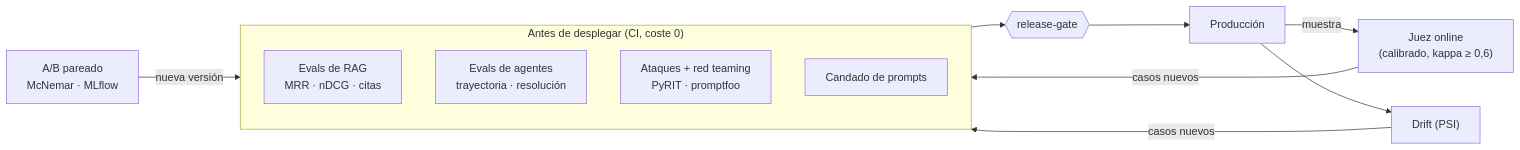
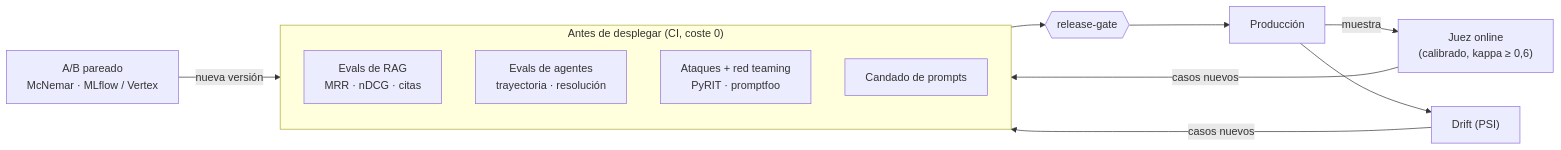
One commit to SergioVelmay/GenAI_PoCs changed diagram 11 of 13 in docs/arquitectura.md. Above: the diagram before and after it, drawn with Mermaid. The commit also changed other lines of this file and 7 other files, not shown here.

````diff
--- a/docs/arquitectura.md
+++ b/docs/arquitectura.md
@@ -285,15 +296,15 @@
 ```mermaid
 flowchart LR
   subgraph PRE["Antes de desplegar (CI, coste 0)"]
     direction TB
     RAG["Evals de RAG<br/>MRR · nDCG · citas"]
     AGT["Evals de agentes<br/>trayectoria · resolución"]
     ATK["Ataques + red teaming<br/>PyRIT · promptfoo"]
     LOCK["Candado de prompts"]
   end
   PRE --> GATE{{"release-gate"}} --> PROD["Producción"]
   PROD -->|"muestra"| JUDGE["Juez online<br/>(calibrado, kappa ≥ 0,6)"]
   PROD --> DRIFT["Drift (PSI)"]
   JUDGE & DRIFT -->|"casos nuevos"| PRE
-  AB["A/B pareado<br/>McNemar · MLflow"] -->|"nueva versión"| LOCK
+  AB["A/B pareado<br/>McNemar · MLflow / Vertex"] -->|"nueva versión"| LOCK
 ```
````
